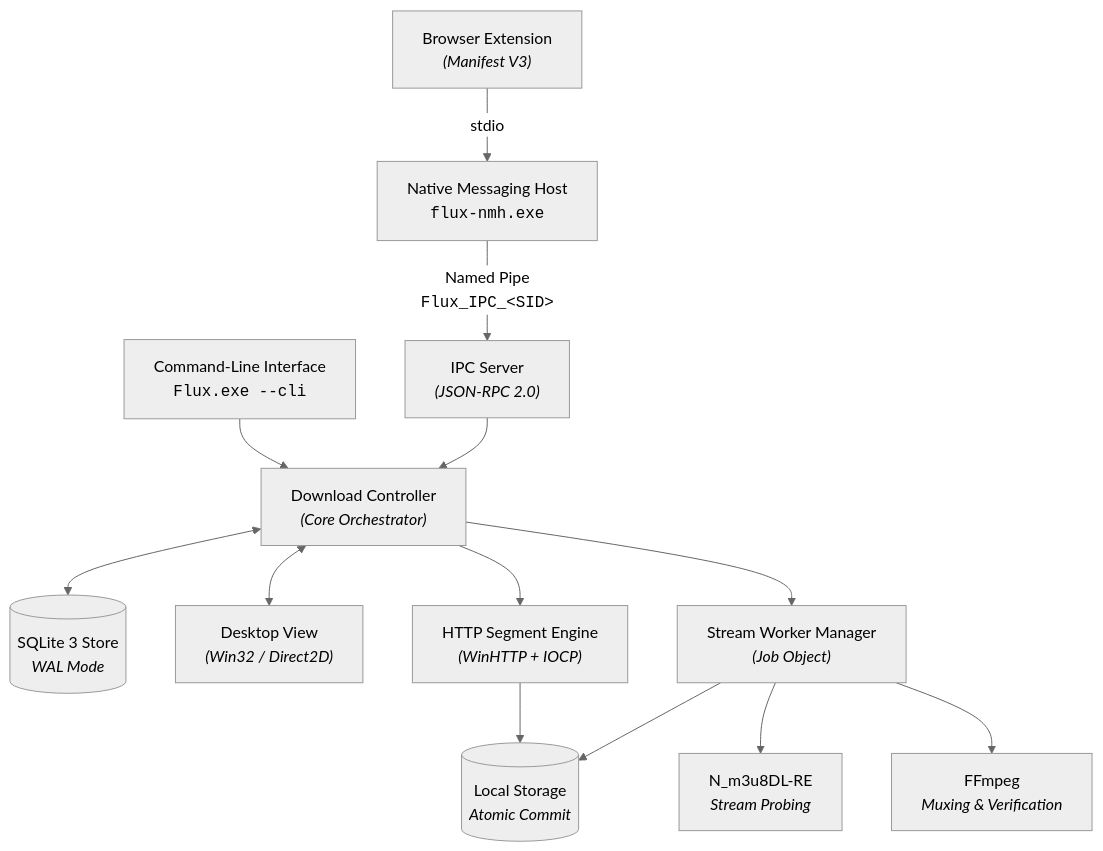
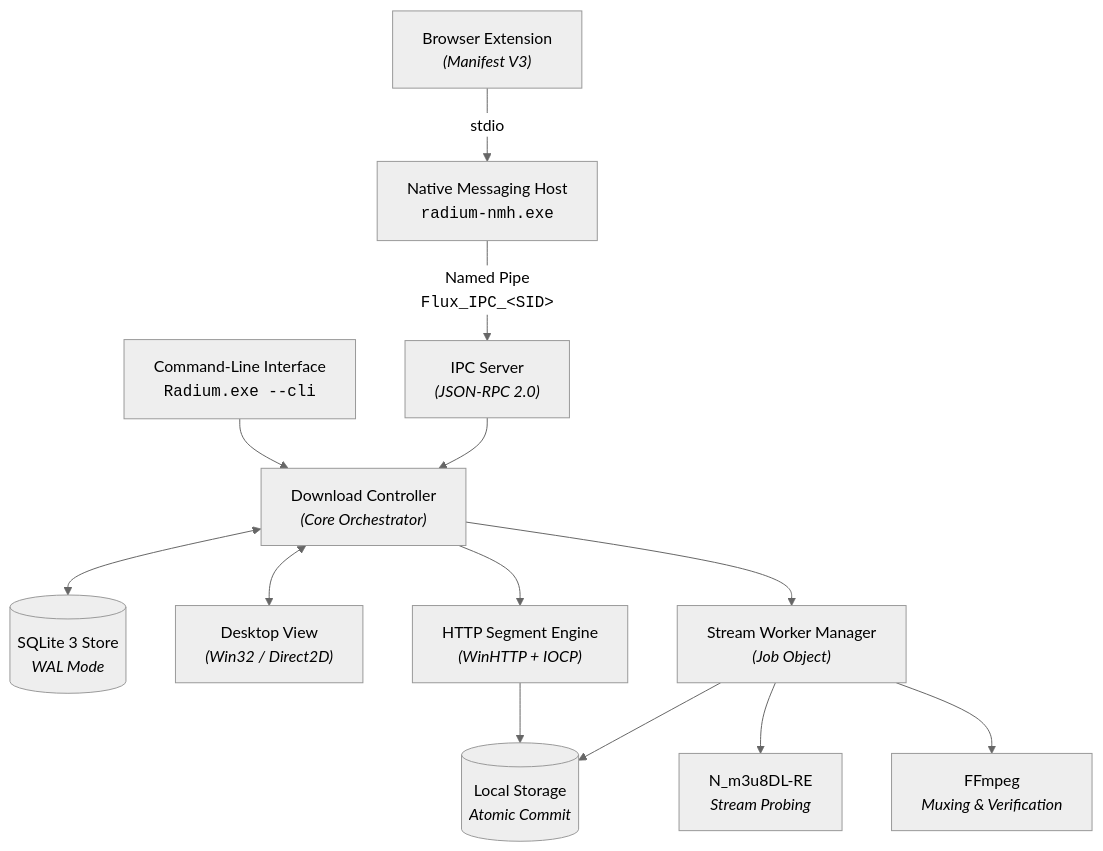
One commit to sayedalve/Flux-Download-Manager changed the diagram in README.md. Above: the diagram before and after it, drawn with Mermaid (neutral theme). The commit also changed other lines of this file and 92 other files, not shown here.

````diff
--- a/README.md
+++ b/README.md
@@ -298,20 +298,20 @@
 ```mermaid
 flowchart TD
-    Ext["Browser Extension<br><i>(Manifest V3)</i>"] -->|stdio| NMH["Native Messaging Host<br><code>flux-nmh.exe</code>"]
+    Ext["Browser Extension<br><i>(Manifest V3)</i>"] -->|stdio| NMH["Native Messaging Host<br><code>radium-nmh.exe</code>"]
     NMH -->|Named Pipe<br><code>Flux_IPC_&lt;SID&gt;</code>| IPC["IPC Server<br><i>(JSON-RPC 2.0)</i>"]
     
-    CLI["Command-Line Interface<br><code>Flux.exe --cli</code>"] --> Ctrl
+    CLI["Command-Line Interface<br><code>Radium.exe --cli</code>"] --> Ctrl
     IPC --> Ctrl["Download Controller<br><i>(Core Orchestrator)</i>"]
     
     Ctrl <--> DB[("SQLite 3 Store<br><i>WAL Mode</i>")]
     Ctrl <--> UI["Desktop View<br><i>(Win32 / Direct2D)</i>"]
     
     Ctrl --> Engine["HTTP Segment Engine<br><i>(WinHTTP + IOCP)</i>"]
     Ctrl --> WorkerMgr["Stream Worker Manager<br><i>(Job Object)</i>"]
     
     WorkerMgr --> N_M3U8["N_m3u8DL-RE<br><i>Stream Probing</i>"]
     WorkerMgr --> FFMPEG["FFmpeg<br><i>Muxing & Verification</i>"]
     
     Engine --> Disk[("Local Storage<br><i>Atomic Commit</i>")]
     WorkerMgr --> Disk
 ```
````
